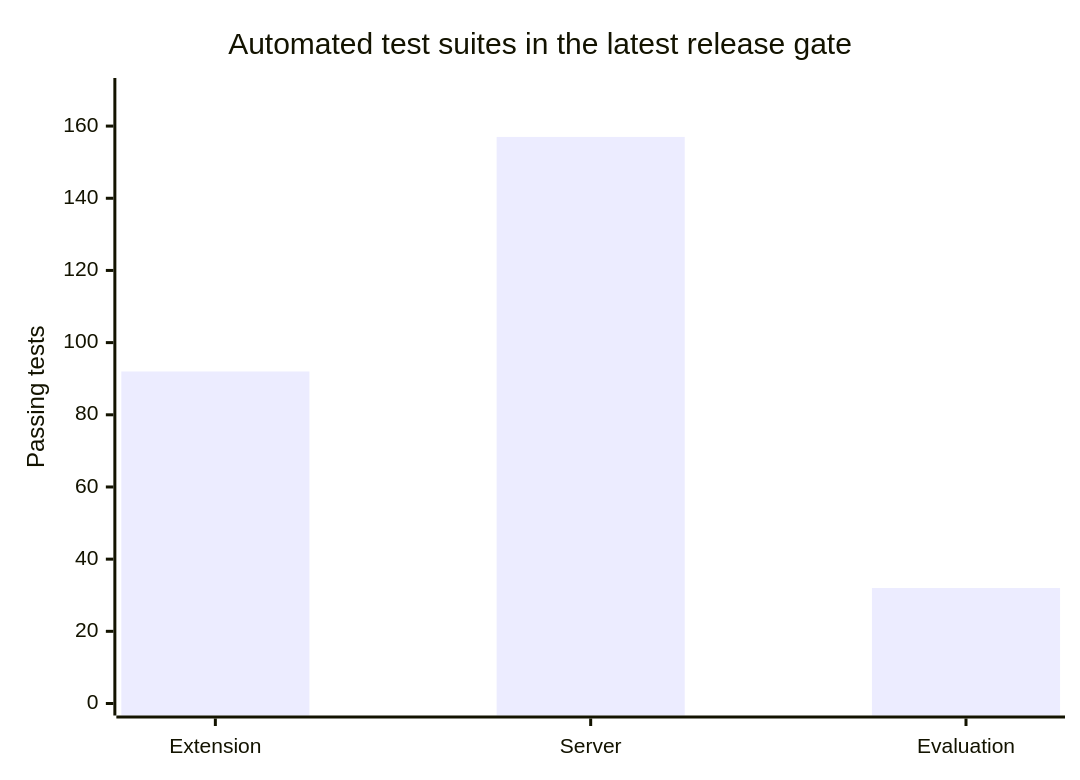
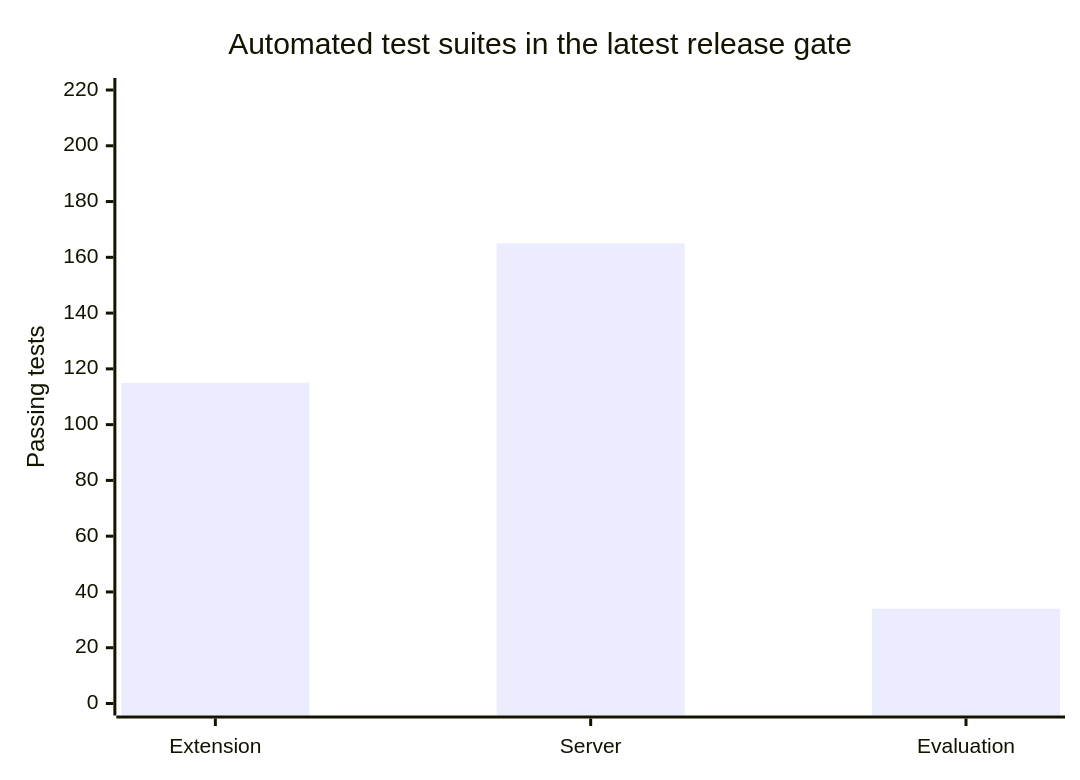
Before and after one commit to Rohinth-S/NAYAN: the seventh of 7 diagrams in README.md, drawn with Mermaid. The commit also changed other lines of this file and 114 other files, not shown here.

````diff
--- a/README.md
+++ b/README.md
@@ -708,7 +779,7 @@
 ```mermaid
 xychart-beta
     title "Automated test suites in the latest release gate"
     x-axis ["Extension", "Server", "Evaluation"]
-    y-axis "Passing tests" 0 --> 170
-    bar [92, 157, 32]
+    y-axis "Passing tests" 0 --> 220
+    bar [115, 165, 34]
 ```
````
